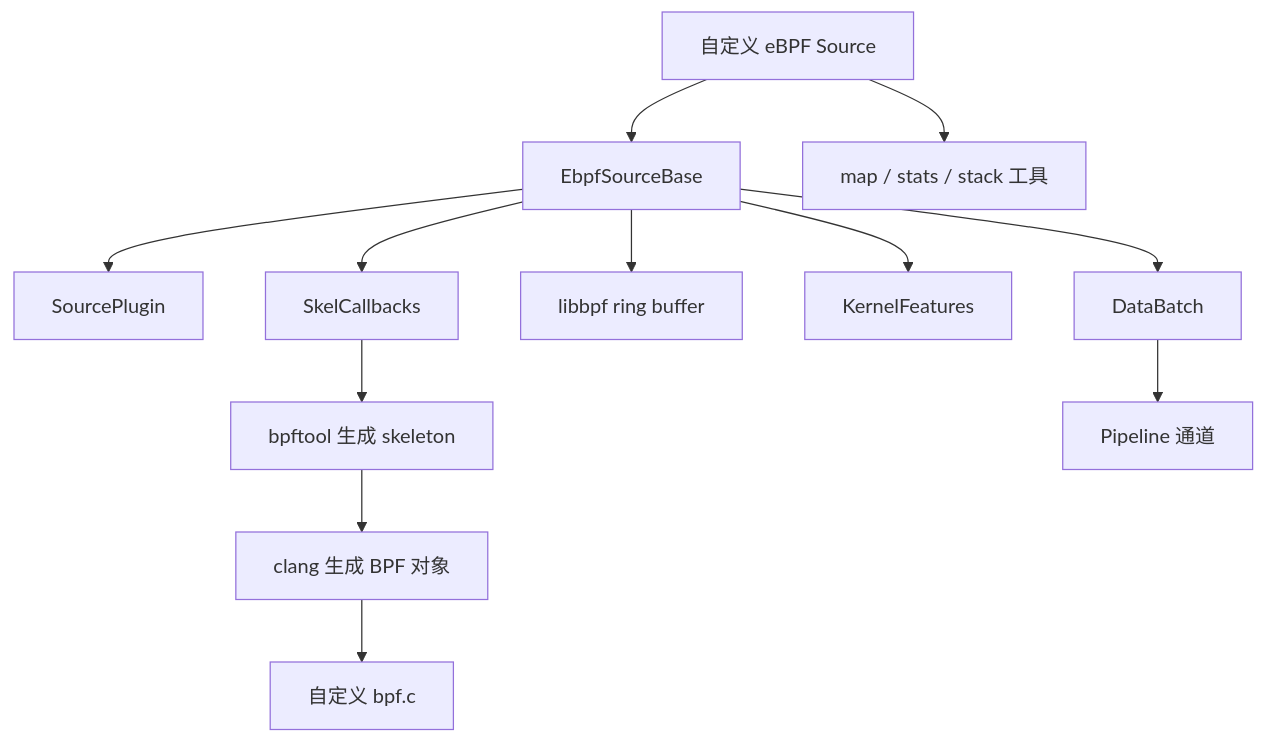
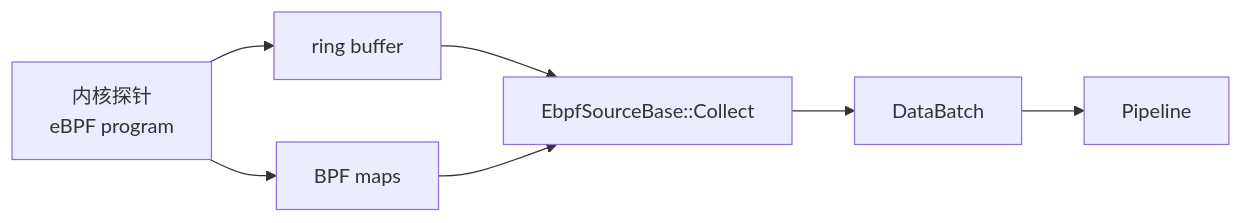
The first of 3 diagrams in docs/document/撰修司/illuminator性能监控平台/设计方案/07-ebpf-sdk.md (Franch-Toast/Scriptorium), drawn with Mermaid before and after one commit. The commit also changed other lines of this file and 20 other files, not shown here.

````diff
--- a/docs/document/撰修司/illuminator性能监控平台/设计方案/07-ebpf-sdk.md
+++ b/docs/document/撰修司/illuminator性能监控平台/设计方案/07-ebpf-sdk.md
@@ -19,15 +24,10 @@
 ```mermaid
 %%{init: {"flowchart":{"useMaxWidth":false,"htmlLabels":false}}}%%
-flowchart TB
-    SRC[自定义 eBPF Source] --> BASE[EbpfSourceBase]
-    BASE --> API[SourcePlugin]
-    BASE --> SK[SkelCallbacks]
-    BASE --> RB[libbpf ring buffer]
-    BASE --> FEAT[KernelFeatures]
-    SRC --> UTIL[map / stats / stack 工具]
-    SK --> GEN[bpftool 生成 skeleton]
-    GEN --> OBJ[clang 生成 BPF 对象]
-    OBJ --> CODE[自定义 bpf.c]
-    BASE --> BATCH[DataBatch]
-    BATCH --> PIPE[Pipeline 通道]
+flowchart LR
+    K["内核探针<br/>eBPF program"] --> RB["ring buffer"]
+    K --> MAP["BPF maps"]
+    RB --> EB["EbpfSourceBase::Collect"]
+    MAP --> EB
+    EB --> DB["DataBatch"]
+    DB --> P["Pipeline"]
 ```
````
